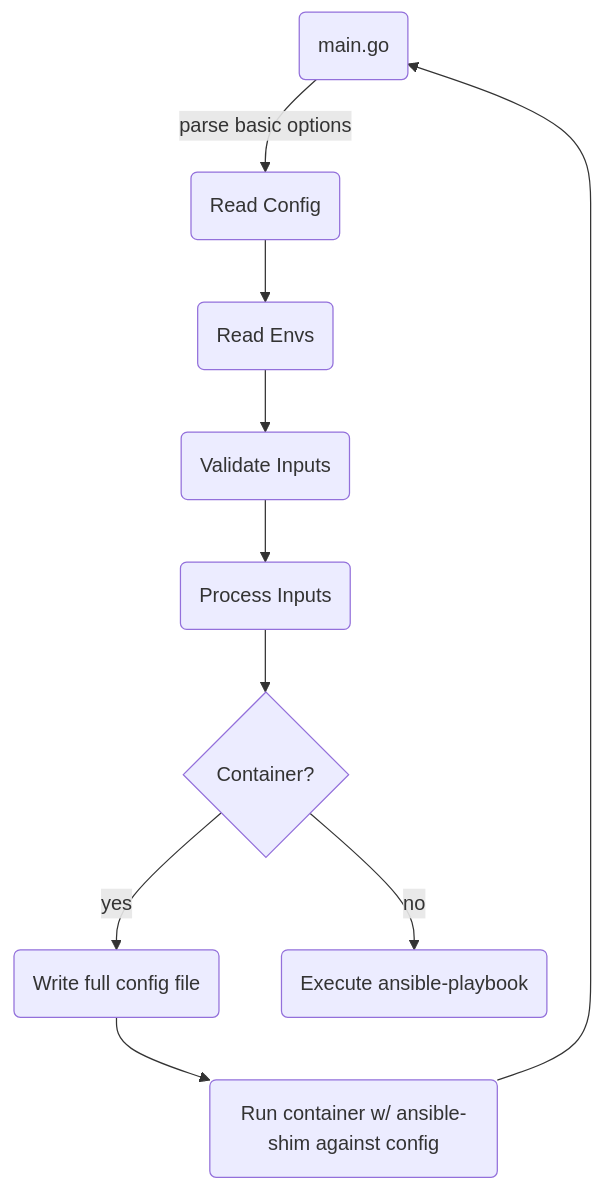
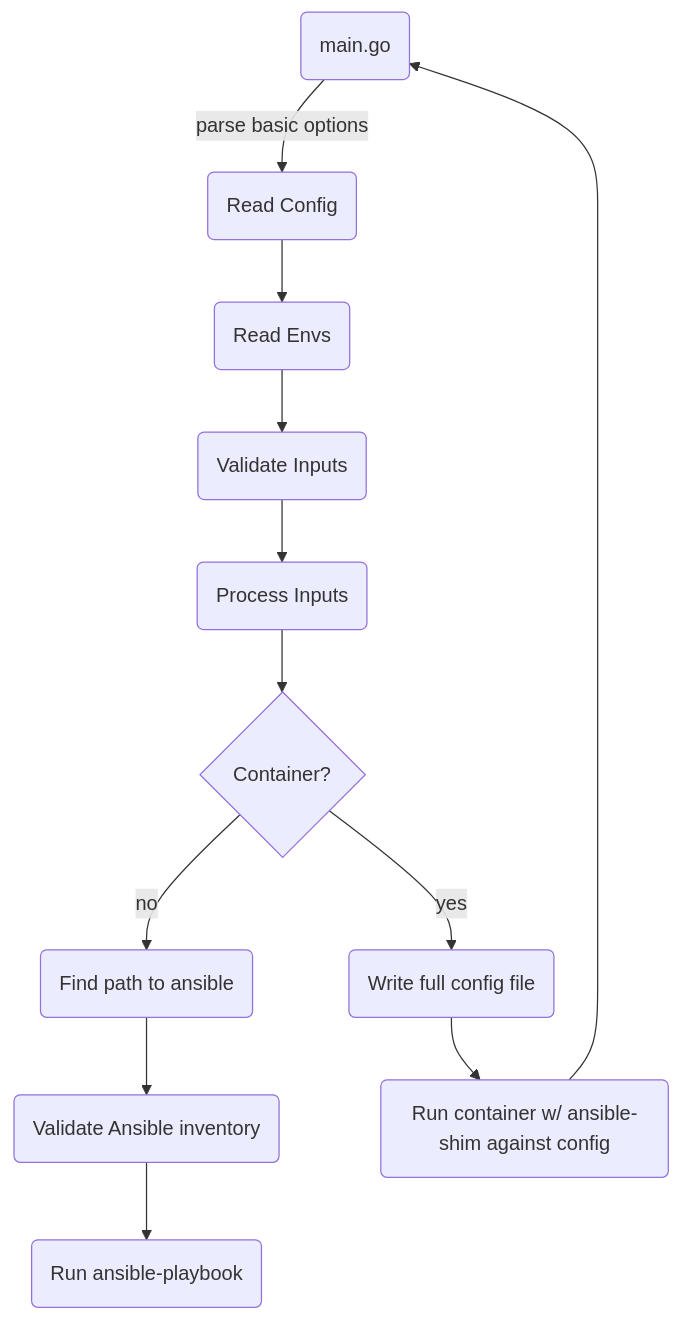
The diagram in README.md (msgarbossa/ansible-tui), drawn with Mermaid before and after one commit. The commit also changed other lines of this file and 10 other files, not shown here.

````diff
--- a/README.md
+++ b/README.md
@@ -9,12 +9,14 @@
 ```mermaid
 flowchart TD
     A(main.go) -->|parse basic options| B(Read Config)
     B --> C(Read Envs)
     C --> D(Validate Inputs)
     D --> E(Process Inputs)
     E --> F{Container?}
-    F --> |yes| G(Write full config file)
-    F --> |no| H(Execute ansible-playbook)
-    G --> I(Run container w/ ansible-shim against config)
+    F --> |no| G(Find path to ansible)
+    F --> |yes| H(Write full config file)
+    H --> I(Run container w/ ansible-shim against config)
     I --> A
+    G --> J(Validate Ansible inventory)
+    J --> K(Run ansible-playbook)
 ```  
````
